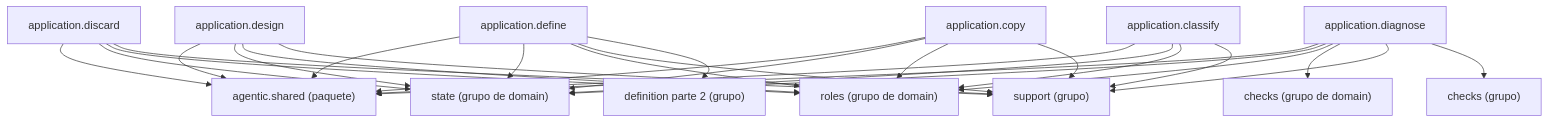
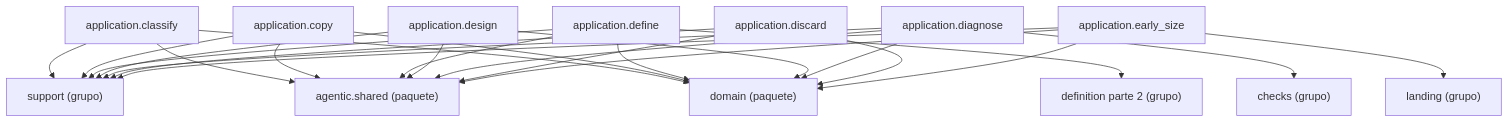
The diagram in docs/architecture/generated/packages-process-application-definition-1.md (GonzaloZevallos/agentic-system), drawn with Mermaid before and after one commit. The commit also changed other lines of this file and 5 other files, not shown here.

Commit message:
Place early_size in the docs groups and regenerate the architecture docs

````diff
--- a/docs/architecture/generated/packages-process-application-definition-1.md
+++ b/docs/architecture/generated/packages-process-application-definition-1.md
@@ -17,43 +17,40 @@
 ```mermaid
 graph TD
     g_application__checks["checks (grupo)"]
     g_application__definition__2["definition parte 2 (grupo)"]
+    g_application__landing["landing (grupo)"]
     g_application__support["support (grupo)"]
-    g_domain__checks["checks (grupo de domain)"]
-    g_domain__roles["roles (grupo de domain)"]
-    g_domain__state["state (grupo de domain)"]
     g_pkg__agentic__shared["agentic.shared (paquete)"]
+    g_pkg__domain["domain (paquete)"]
     m_application__classify["application.classify"]
     m_application__copy["application.copy"]
     m_application__define["application.define"]
     m_application__design["application.design"]
     m_application__diagnose["application.diagnose"]
     m_application__discard["application.discard"]
+    m_application__early_size["application.early_size"]
     m_application__classify --> g_application__support
-    m_application__classify --> g_domain__roles
-    m_application__classify --> g_domain__state
     m_application__classify --> g_pkg__agentic__shared
+    m_application__classify --> g_pkg__domain
     m_application__copy --> g_application__support
-    m_application__copy --> g_domain__roles
-    m_application__copy --> g_domain__state
     m_application__copy --> g_pkg__agentic__shared
+    m_application__copy --> g_pkg__domain
     m_application__define --> g_application__definition__2
     m_application__define --> g_application__support
-    m_application__define --> g_domain__roles
-    m_application__define --> g_domain__state
     m_application__define --> g_pkg__agentic__shared
+    m_application__define --> g_pkg__domain
     m_application__design --> g_application__support
-    m_application__design --> g_domain__roles
-    m_application__design --> g_domain__state
     m_application__design --> g_pkg__agentic__shared
+    m_application__design --> g_pkg__domain
     m_application__diagnose --> g_application__checks
     m_application__diagnose --> g_application__support
-    m_application__diagnose --> g_domain__checks
-    m_application__diagnose --> g_domain__roles
-    m_application__diagnose --> g_domain__state
     m_application__diagnose --> g_pkg__agentic__shared
+    m_application__diagnose --> g_pkg__domain
     m_application__discard --> g_application__support
-    m_application__discard --> g_domain__roles
-    m_application__discard --> g_domain__state
     m_application__discard --> g_pkg__agentic__shared
+    m_application__discard --> g_pkg__domain
+    m_application__early_size --> g_application__landing
+    m_application__early_size --> g_application__support
+    m_application__early_size --> g_pkg__agentic__shared
+    m_application__early_size --> g_pkg__domain
 ```
````
